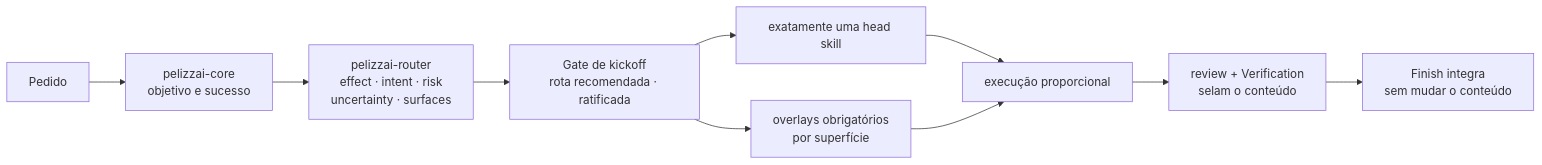
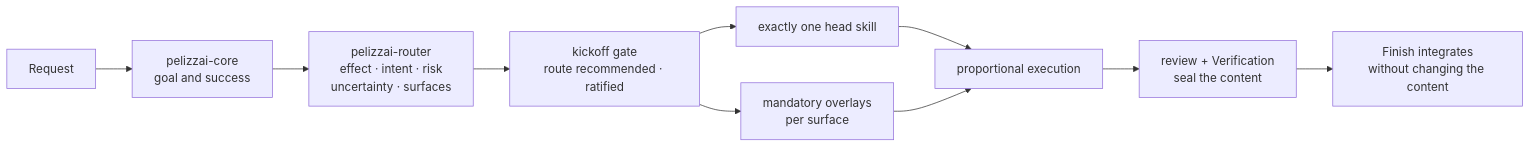
One commit to rpelizza/PelizzAI changed the fourth of 8 diagrams in README.md. Above: the diagram before and after it, drawn with Mermaid. The commit also changed other lines of this file and 362 other files, not shown here.

````diff
--- a/README.md
+++ b/README.md
@@ -174,12 +176,12 @@
 ```mermaid
 flowchart LR
-    U["Pedido"] --> C["pelizzai-core<br/>objetivo e sucesso"]
+    U["Request"] --> C["pelizzai-core<br/>goal and success"]
     C --> R["pelizzai-router<br/>effect · intent · risk<br/>uncertainty · surfaces"]
-    R --> K["Gate de kickoff<br/>rota recomendada · ratificada"]
-    K --> H["exatamente uma head skill"]
-    K --> O["overlays obrigatórios<br/>por superfície"]
-    H --> E["execução proporcional"]
+    R --> K["kickoff gate<br/>route recommended · ratified"]
+    K --> H["exactly one head skill"]
+    K --> O["mandatory overlays<br/>per surface"]
+    H --> E["proportional execution"]
     O --> E
-    E --> V["review + Verification<br/>selam o conteúdo"]
-    V --> F["Finish integra<br/>sem mudar o conteúdo"]
+    E --> V["review + Verification<br/>seal the content"]
+    V --> F["Finish integrates<br/>without changing the content"]
 ```
````
